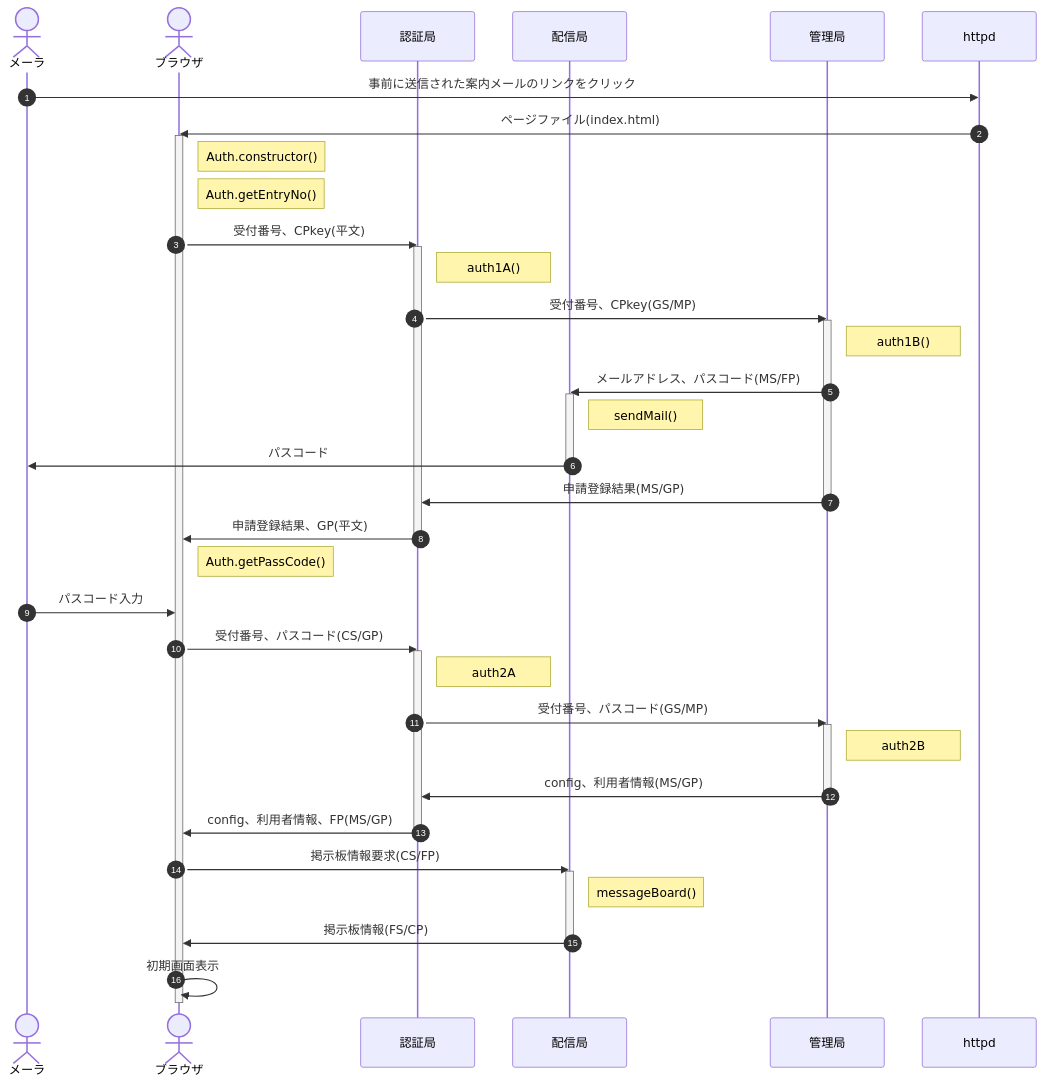
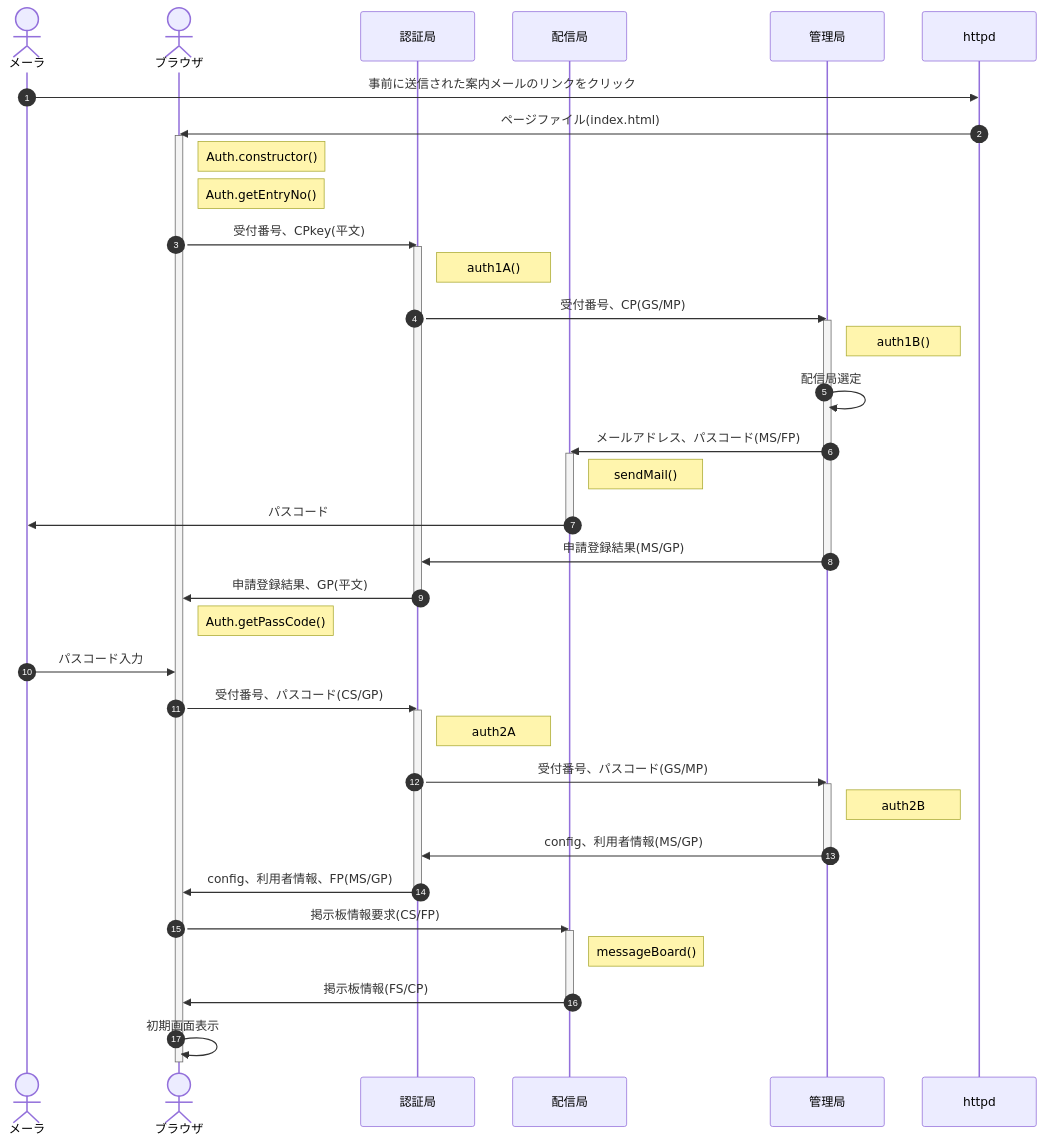
One commit to nakaone/library changed the second of 4 diagrams in component/Auth.readme.md. Above: the diagram before and after it, drawn with Mermaid. The commit also changed other lines of this file and 9 other files, not shown here.

````diff
--- a/component/Auth.readme.md
+++ b/component/Auth.readme.md
@@ -13,58 +83,59 @@
 ```mermaid
 sequenceDiagram
   autonumber
   actor mailer as メーラ
   actor browser as ブラウザ
   participant gateway as 認証局
   participant front as 配信局
   participant master as 管理局
   participant httpd as httpd
 
   %% 受付番号入力
   mailer ->> httpd : 事前に送信された案内メールのリンクをクリック
   httpd ->> browser : ページファイル(index.html)
   activate browser
   Note right of browser: Auth.constructor()
   Note right of browser: Auth.getEntryNo()
 
   browser ->> gateway : 受付番号、CPkey(平文)
   activate gateway
   Note right of gateway : auth1A()
 
-  gateway ->> master : 受付番号、CPkey(GS/MP)
+  gateway ->> master : 受付番号、CP(GS/MP)
   activate master
   Note right of master : auth1B()
+  master ->> master : 配信局選定
   master ->> front : メールアドレス、パスコード(MS/FP)
   activate front
   Note right of front : sendMail()
   front ->> mailer : パスコード
   deactivate front
 
   master ->> gateway : 申請登録結果(MS/GP)
   deactivate master
 
   gateway ->> browser : 申請登録結果、GP(平文)
   deactivate gateway
   Note right of browser : Auth.getPassCode()
 
   %% パスコード入力
   mailer ->> browser : パスコード入力
   browser ->> gateway : 受付番号、パスコード(CS/GP)
   activate gateway
   Note right of gateway : auth2A
   gateway ->> master : 受付番号、パスコード(GS/MP)
   activate master
   Note right of master : auth2B
   master ->> gateway : config、利用者情報(MS/GP)
   deactivate master
   gateway ->> browser : config、利用者情報、FP(MS/GP)
   deactivate gateway
   browser ->> front : 掲示板情報要求(CS/FP)
   activate front
   Note right of front : messageBoard()
   front ->> browser : 掲示板情報(FS/CP)
   deactivate front
   browser ->> browser : 初期画面表示
   deactivate browser
 
 ```
````
